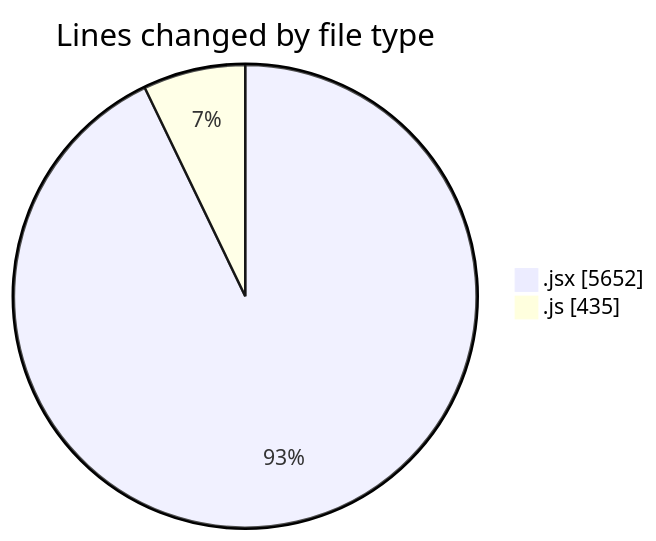
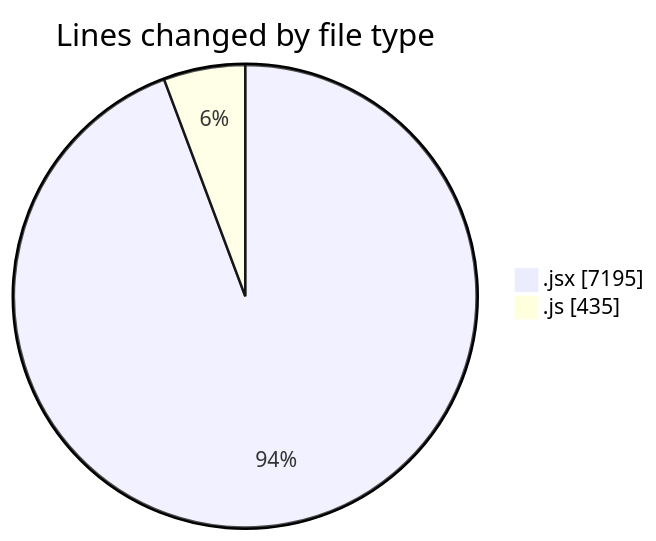
One commit to nxtqubesakshisongat/code-tracking changed the first of 2 diagrams in 2025-12-11/nxtqube_webapp/README.md. Above: the diagram before and after it, drawn with Mermaid. The commit also changed other lines of this file and 1 other file, not shown here.

````diff
--- a/2025-12-11/nxtqube_webapp/README.md
+++ b/2025-12-11/nxtqube_webapp/README.md
@@ -31,6 +31,6 @@
 ```mermaid
 pie showData
 title Lines changed by file type
-".jsx" : 5652
+".jsx" : 7195
 ".js" : 435
 ```
````
